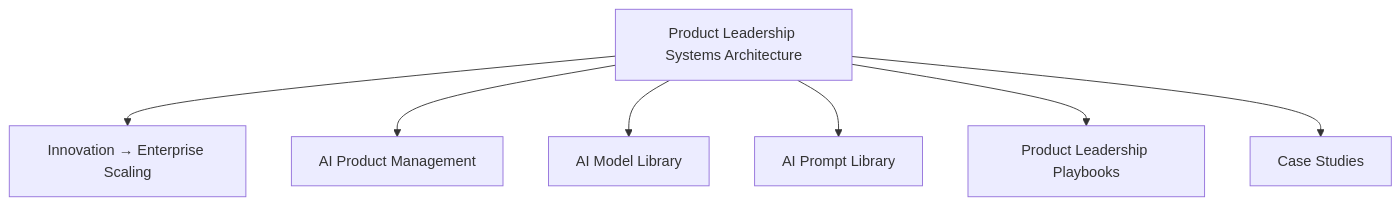
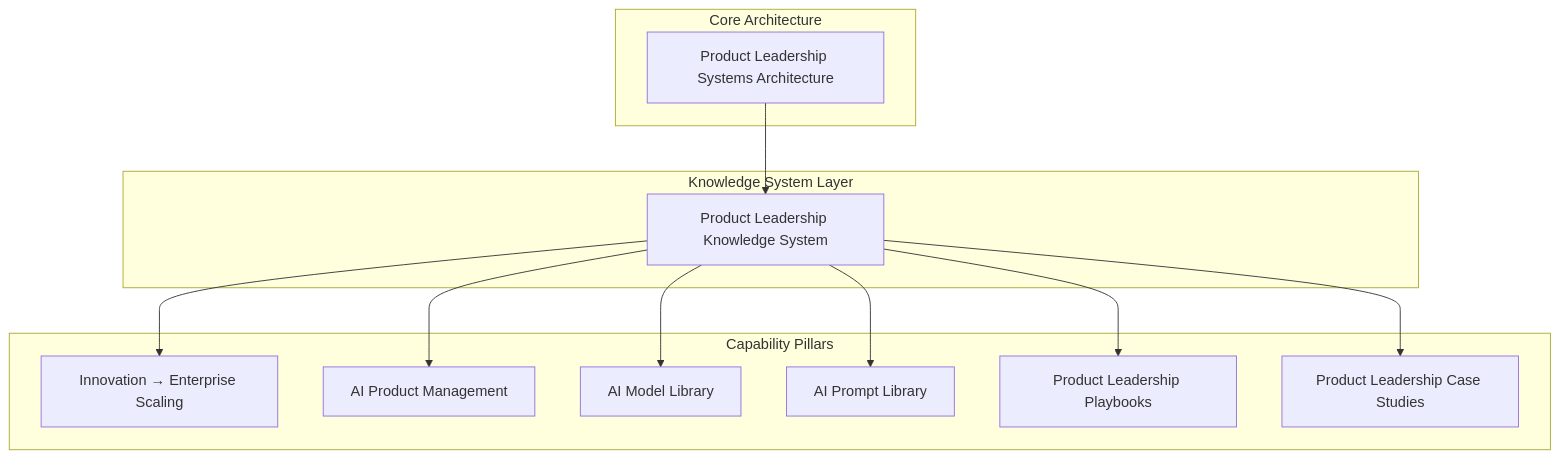
One commit to ChuckFerrando/ChuckFerrando changed the third of 4 diagrams in README.md. Above: the diagram before and after it, drawn with Mermaid. The commit also changed other lines of this file, not shown here.

````diff
--- a/README.md
+++ b/README.md
@@ -68,12 +68,29 @@
 ```mermaid
 flowchart TB
 
+subgraph Core["Core Architecture"]
 A["Product Leadership Systems Architecture"]
+end
 
-A --> B["Innovation → Enterprise Scaling"]
-A --> C["AI Product Management"]
-A --> D["AI Model Library"]
-A --> E["AI Prompt Library"]
-A --> F["Product Leadership Playbooks"]
-A --> G["Case Studies"]
+subgraph Knowledge["Knowledge System Layer"]
+B["Product Leadership Knowledge System"]
+end
+
+subgraph Pillars["Capability Pillars"]
+C["Innovation → Enterprise Scaling"]
+D["AI Product Management"]
+E["AI Model Library"]
+F["AI Prompt Library"]
+G["Product Leadership Playbooks"]
+H["Product Leadership Case Studies"]
+end
+
+A --> B
+
+B --> C
+B --> D
+B --> E
+B --> F
+B --> G
+B --> H
 ```
````
